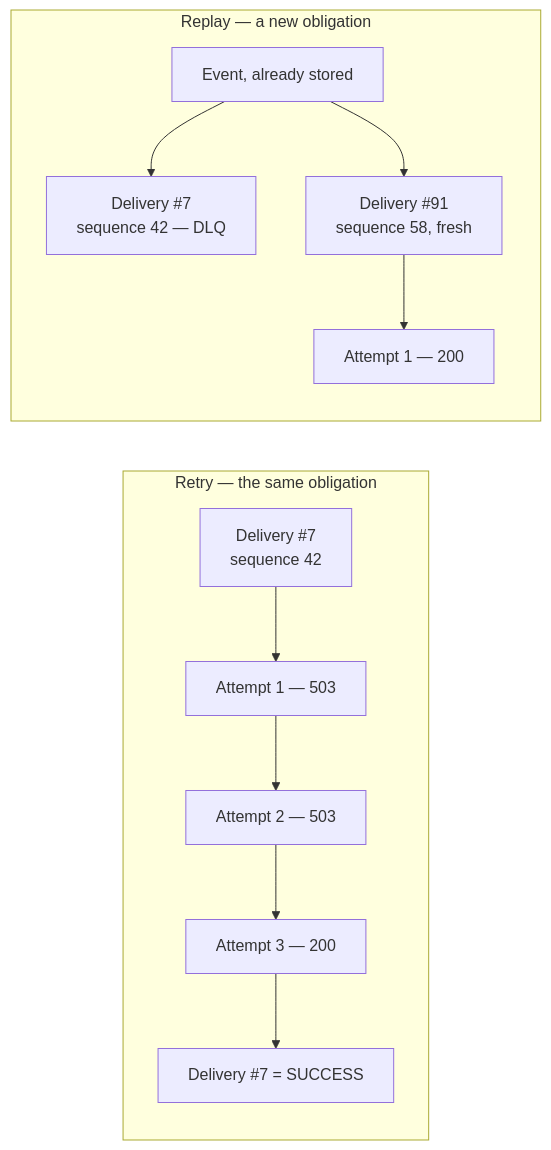
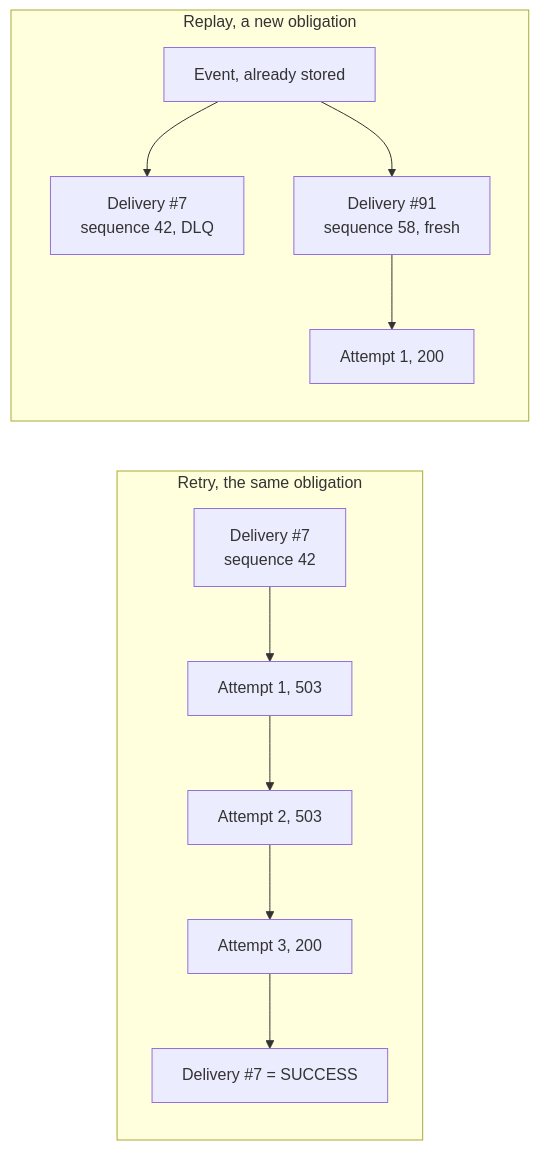
One commit to vadymkykalo/railhook changed diagram 11 of 14 in docs/ARCHITECTURE.md. Above: the diagram before and after it, drawn with Mermaid. The commit also changed other lines of this file and 1 other file, not shown here.

Commit message:
docs: halve the prose in ARCHITECTURE and OPERATIONS, keep diagrams and procedures

````diff
--- a/docs/ARCHITECTURE.md
+++ b/docs/ARCHITECTURE.md
@@ -514,15 +447,15 @@
 ```mermaid
 flowchart LR
-    subgraph Retry["Retry — the same obligation"]
-        D1["Delivery #7<br/>sequence 42"] --> A1["Attempt 1 — 503"]
-        A1 --> A2["Attempt 2 — 503"]
-        A2 --> A3["Attempt 3 — 200"]
+    subgraph Retry["Retry, the same obligation"]
+        D1["Delivery #7<br/>sequence 42"] --> A1["Attempt 1, 503"]
+        A1 --> A2["Attempt 2, 503"]
+        A2 --> A3["Attempt 3, 200"]
         A3 --> S1["Delivery #7 = SUCCESS"]
     end
 
-    subgraph Replay["Replay — a new obligation"]
-        E["Event, already stored"] --> D2["Delivery #7<br/>sequence 42 — DLQ"]
+    subgraph Replay["Replay, a new obligation"]
+        E["Event, already stored"] --> D2["Delivery #7<br/>sequence 42, DLQ"]
         E --> D3["Delivery #91<br/>sequence 58, fresh"]
-        D3 --> A4["Attempt 1 — 200"]
+        D3 --> A4["Attempt 1, 200"]
     end
 ```
````
